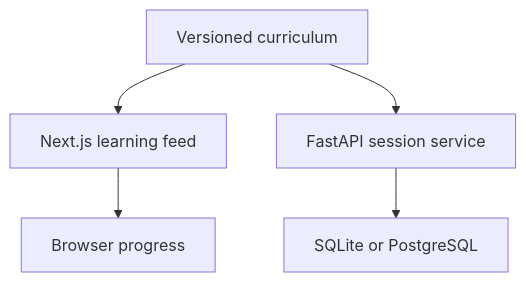
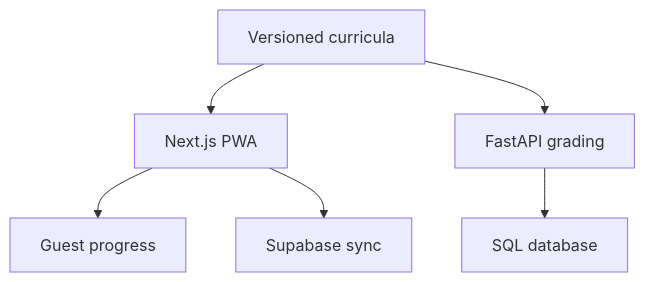
One commit to adityaamitra/ByteScroll changed the diagram in docs/ARCHITECTURE.md. Above: the diagram before and after it, drawn with Mermaid. The commit also changed other lines of this file and 33 other files, not shown here.

Commit message:
Add mobile learning tracks and progress sync

````diff
--- a/docs/ARCHITECTURE.md
+++ b/docs/ARCHITECTURE.md
@@ -5,7 +5,8 @@
 ```mermaid
 flowchart TD
-    C["Versioned curriculum"] --> W["Next.js learning feed"]
-    C --> A["FastAPI session service"]
-    W --> L["Browser progress"]
-    A --> D["SQLite or PostgreSQL"]
+    C["Versioned curricula"] --> W["Next.js PWA"]
+    W --> L["Guest progress"]
+    W --> S["Supabase sync"]
+    C --> A["FastAPI grading"]
+    A --> D["SQL database"]
 ```
````
